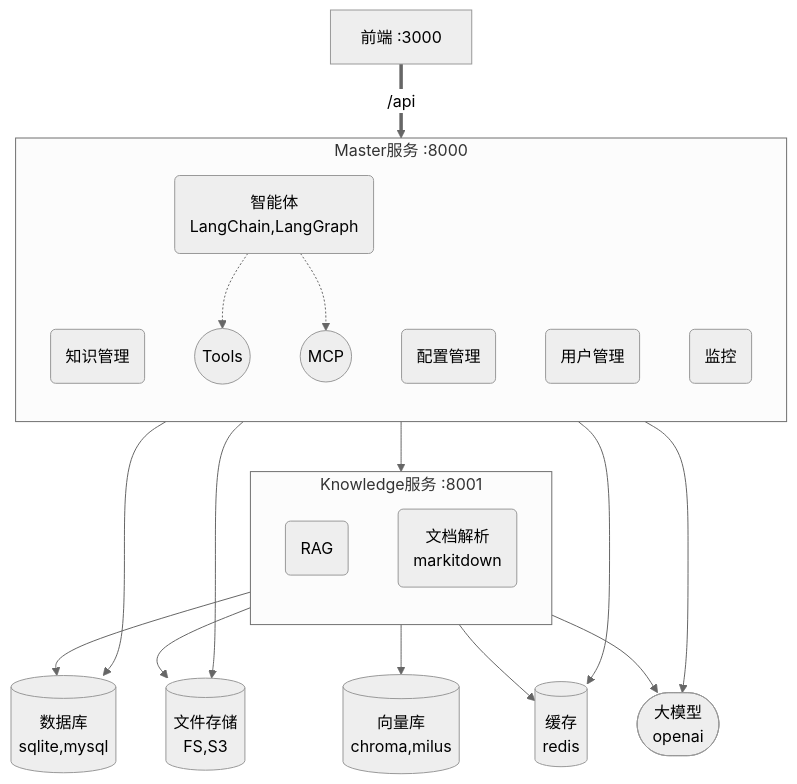
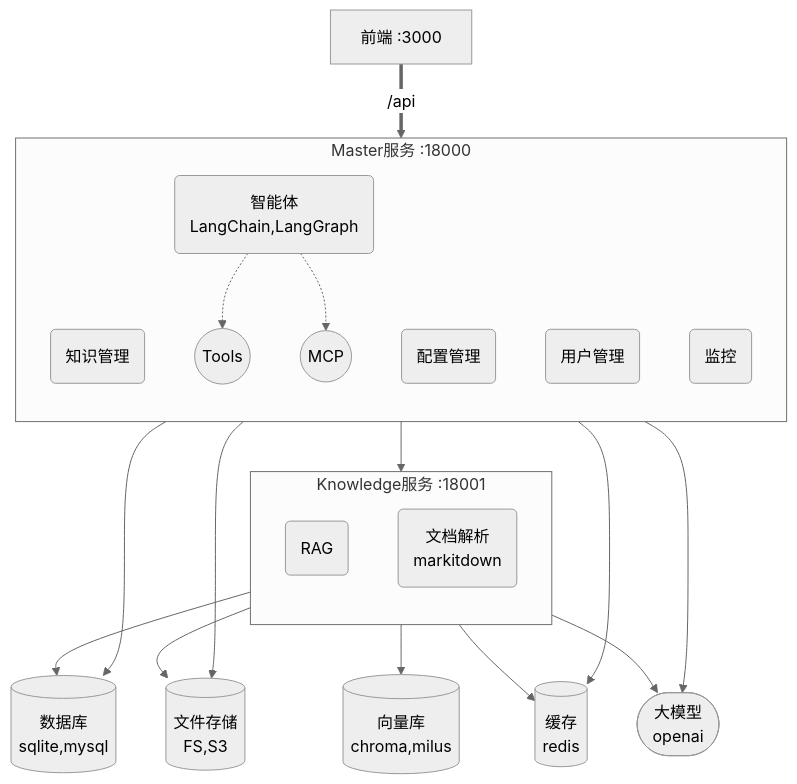
Before and after one commit to BytemanD/next-agents-platform: the diagram in README.md, drawn with Mermaid (neutral theme). The commit also changed other lines of this file and 26 other files, not shown here.

````diff
--- a/README.md
+++ b/README.md
@@ -30,31 +33,31 @@
 ```mermaid
 flowchart TB
     FE[前端 :3000] ==>|/api| MS
-    subgraph MS[Master服务 :8000]
+    subgraph MS[Master服务 :18000]
         direction TB
         KM(知识管理)
         CM(配置管理)
         UM(用户管理)
         Monitor(监控)
         Agents(智能体<br/>LangChain,LangGraph)
         Agents .-> TOOL((Tools))
         Agents .-> MCP((MCP))
     end
-    subgraph KS[Knowledge服务 :8001]
+    subgraph KS[Knowledge服务 :18001]
         direction TB
         RAG(RAG)
         Parser(文档解析<br/>markitdown)
     end
     MS --> KS
 
     MS --> DB[(数据库<br/>sqlite,mysql)]
     MS --> Storage[(文件存储<br/>FS,S3)]
     MS --> Cache[(缓存<br/>redis)]
     MS --> LLM([大模型<br/>openai])
 
     KS --> DB
     KS --> Storage
     KS --> Cache
     KS --> LLM
     KS --> Vector[(向量库<br/>chroma,milus)]
 ```
````
